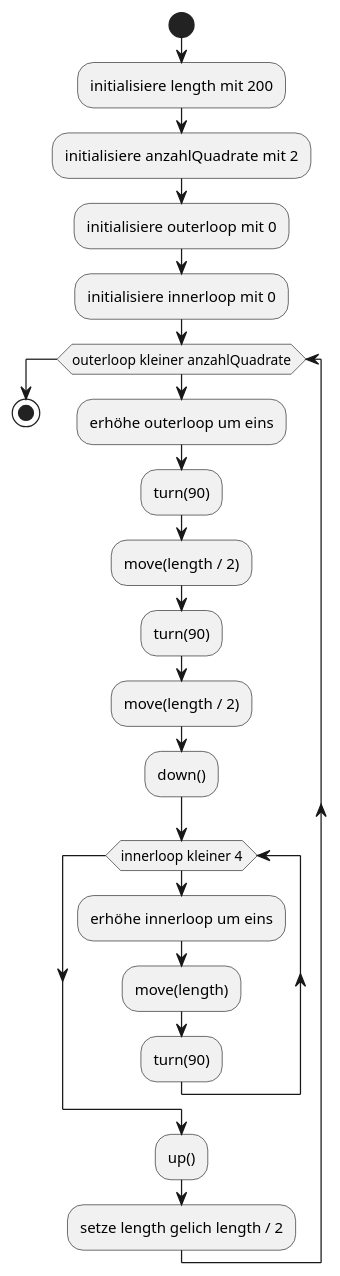
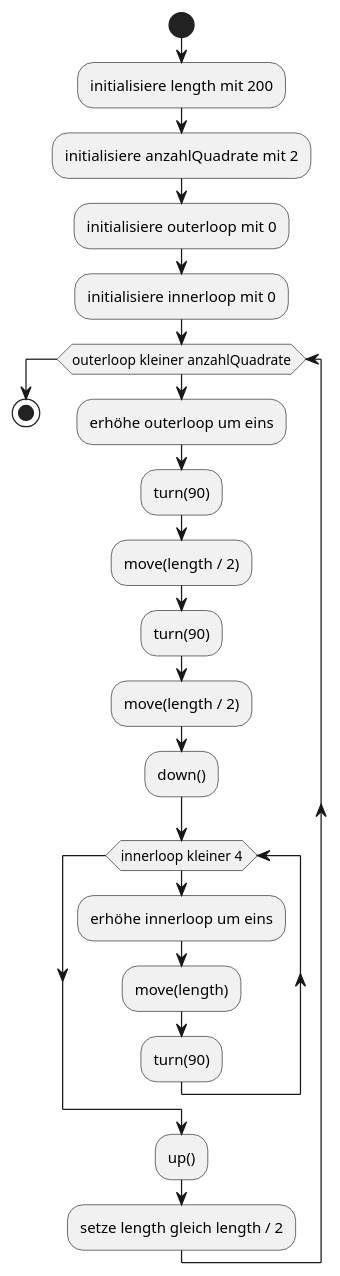
Before and after one commit to sebastian-schramm/inform_wise20-21: the diagram in aufgabe_07/src/sample/zweiKonzentrischeQuadrate.puml, drawn with PlantUML. The commit also changed 2 other files, not shown here.

```diff
--- a/aufgabe_07/src/sample/zweiKonzentrischeQuadrate.puml
+++ b/aufgabe_07/src/sample/zweiKonzentrischeQuadrate.puml
@@ -1,25 +1,25 @@
 @startuml
 start
 :initialisiere length mit 200;
 :initialisiere anzahlQuadrate mit 2;
 
 :initialisiere outerloop mit 0;
 :initialisiere innerloop mit 0;
 
 while (outerloop kleiner anzahlQuadrate)
     :erhöhe outerloop um eins;
     :turn(90);
     :move(length / 2);
     :turn(90);
     :move(length / 2);
     :down();
     while (innerloop kleiner 4)
         :erhöhe innerloop um eins;
         :move(length);
         :turn(90);
     endwhile
     :up();
-    :setze length gelich length / 2;
+    :setze length gleich length / 2;
 endwhile
 stop
 @enduml
```
